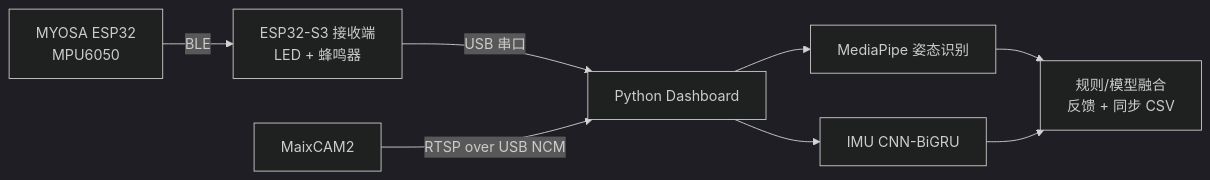
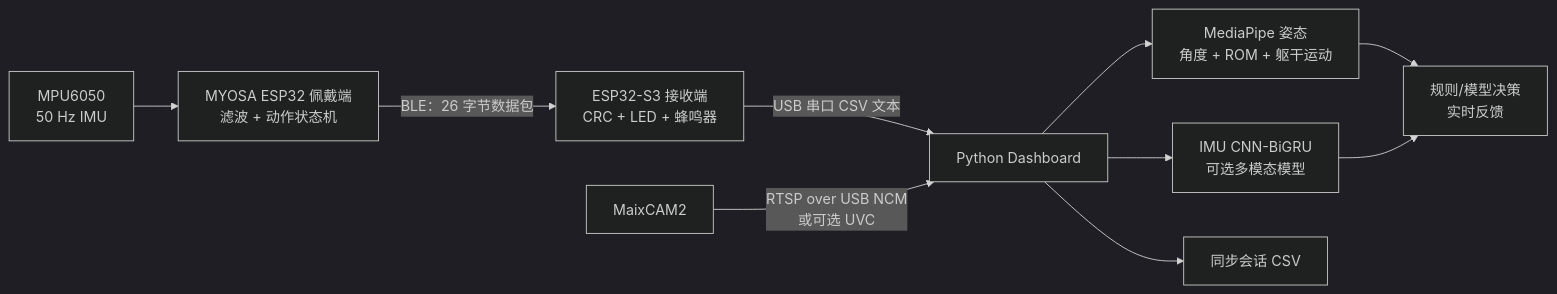
The diagram in README_zh.md (ydh0411/lite-rehab-mvp), drawn with Mermaid (dark theme) before and after one commit. The commit also changed other lines of this file and 1 other file, not shown here.

Commit message:
docs: document complete Python and C project structure

````diff
--- a/README_zh.md
+++ b/README_zh.md
@@ -31,10 +50,12 @@
 ```mermaid
 flowchart LR
-    W["MYOSA ESP32<br/>MPU6050"] -->|BLE| R["ESP32-S3 接收端<br/>LED + 蜂鸣器"]
-    R -->|USB 串口| D["Python Dashboard"]
-    C["MaixCAM2"] -->|RTSP over USB NCM| D
-    D --> P["MediaPipe 姿态识别"]
-    D --> M["IMU CNN-BiGRU"]
-    P --> F["规则/模型融合<br/>反馈 + 同步 CSV"]
-    M --> F
+    MPU["MPU6050<br/>50 Hz IMU"] --> WEAR["MYOSA ESP32 佩戴端<br/>滤波 + 动作状态机"]
+    WEAR -->|"BLE：26 字节数据包"| RECV["ESP32-S3 接收端<br/>CRC + LED + 蜂鸣器"]
+    RECV -->|"USB 串口 CSV 文本"| DASH["Python Dashboard"]
+    CAM["MaixCAM2"] -->|"RTSP over USB NCM<br/>或可选 UVC"| DASH
+    DASH --> POSE["MediaPipe 姿态<br/>角度 + ROM + 躯干运动"]
+    DASH --> MODEL["IMU CNN-BiGRU<br/>可选多模态模型"]
+    POSE --> FUSE["规则/模型决策<br/>实时反馈"]
+    MODEL --> FUSE
+    DASH --> LOG["同步会话 CSV"]
 ```
````
